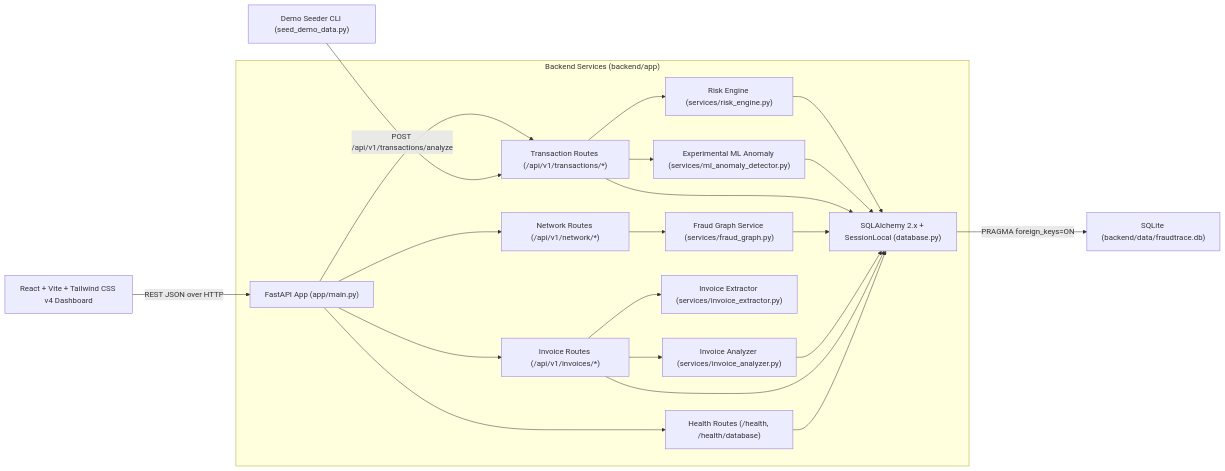
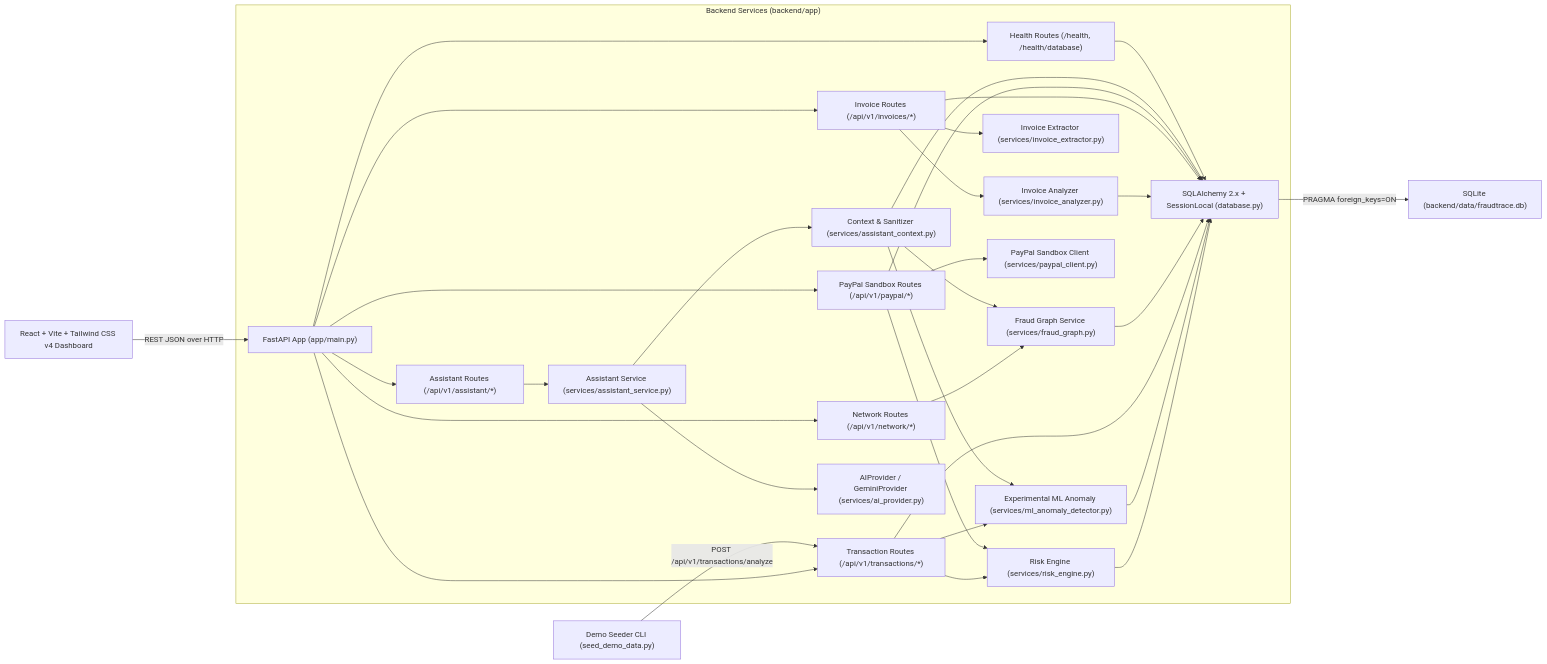
One commit to dubeyayush270-coder/FraudTrace-AI changed the first of 2 diagrams in docs/architecture.md. Above: the diagram before and after it, drawn with Mermaid. The commit also changed other lines of this file and 28 other files, not shown here.

Commit message:
feat: add PayPal sandbox integration and AI investigation assistant

````diff
--- a/docs/architecture.md
+++ b/docs/architecture.md
@@ -9,28 +9,39 @@
 ```mermaid
 flowchart LR
     UI["React + Vite + Tailwind CSS v4 Dashboard"] -->|"REST JSON over HTTP"| API["FastAPI App (app/main.py)"]
 
     subgraph Backend["Backend Services (backend/app)"]
         API --> HR["Health Routes (/health, /health/database)"]
         API --> TR["Transaction Routes (/api/v1/transactions/*)"]
         API --> NR["Network Routes (/api/v1/network/*)"]
         API --> IR["Invoice Routes (/api/v1/invoices/*)"]
+        API --> PR["PayPal Sandbox Routes (/api/v1/paypal/*)"]
+        API --> AR["Assistant Routes (/api/v1/assistant/*)"]
 
         TR --> RE["Risk Engine (services/risk_engine.py)"]
         TR --> ML["Experimental ML Anomaly (services/ml_anomaly_detector.py)"]
         NR --> FG["Fraud Graph Service (services/fraud_graph.py)"]
         IR --> IE["Invoice Extractor (services/invoice_extractor.py)"]
         IR --> IA["Invoice Analyzer (services/invoice_analyzer.py)"]
+        PR --> PC["PayPal Sandbox Client (services/paypal_client.py)"]
+        PR --> RE
+        AR --> AS["Assistant Service (services/assistant_service.py)"]
+        AS --> AC["Context & Sanitizer (services/assistant_context.py)"]
+        AS --> AP["AIProvider / GeminiProvider (services/ai_provider.py)"]
+        AC --> ML
+        AC --> FG
 
         RE --> DB["SQLAlchemy 2.x + SessionLocal (database.py)"]
         ML --> DB
         TR --> DB
         FG --> DB
         IA --> DB
         IR --> DB
+        PR --> DB
+        AC --> DB
         HR --> DB
     end
 
     DB -->|"PRAGMA foreign_keys=ON"| SQLITE["SQLite (backend/data/fraudtrace.db)"]
     SEED["Demo Seeder CLI (seed_demo_data.py)"] -->|"POST /api/v1/transactions/analyze"| TR
 ```
````
